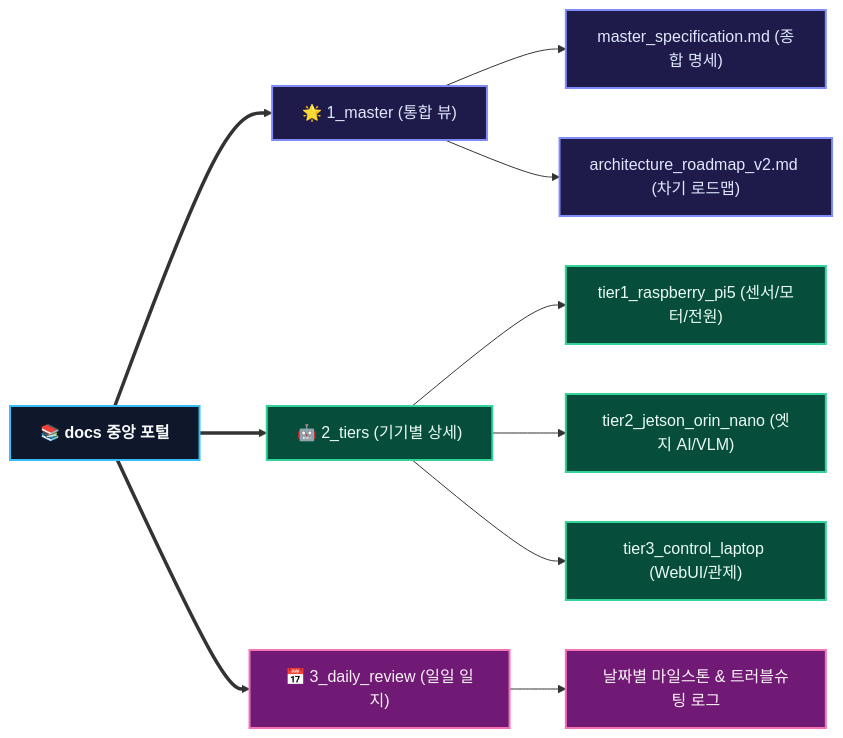
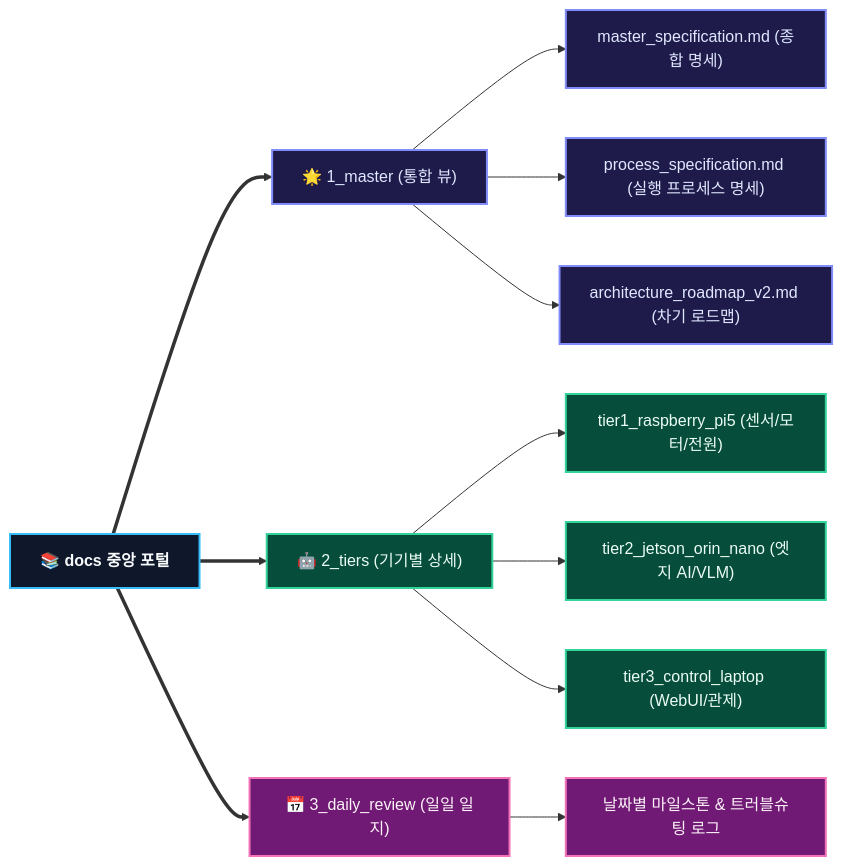
One commit to woongzun999-debug/ros2_JTA changed the diagram in docs/INDEX.md. Above: the diagram before and after it, drawn with Mermaid. The commit also changed other lines of this file and 32 other files, not shown here.

````diff
--- a/docs/INDEX.md
+++ b/docs/INDEX.md
@@ -25,22 +27,23 @@
 ```mermaid
 flowchart LR
     %% 글로벌 테마 스타일링
     classDef hub fill:#0f172a,stroke:#38bdf8,stroke-width:2px,color:#f8fafc,font-weight:bold;
     classDef m1 fill:#1e1b4b,stroke:#818cf8,stroke-width:2px,color:#e0e7ff;
     classDef t2 fill:#064e3b,stroke:#34d399,stroke-width:2px,color:#ecfdf5;
     classDef d3 fill:#701a75,stroke:#f472b6,stroke-width:2px,color:#fdf2f8;
 
     Hub["📚 docs 중앙 포털"]:::hub
     
     Hub ==> M["🌟 1_master (통합 뷰)"]:::m1
     M --> M1["master_specification.md (종합 명세)"]:::m1
-    M --> M2["architecture_roadmap_v2.md (차기 로드맵)"]:::m1
+    M --> M2["process_specification.md (실행 프로세스 명세)"]:::m1
+    M --> M3["architecture_roadmap_v2.md (차기 로드맵)"]:::m1
     
     Hub ==> T["🤖 2_tiers (기기별 상세)"]:::t2
     T --> T1["tier1_raspberry_pi5 (센서/모터/전원)"]:::t2
     T --> T2_N["tier2_jetson_orin_nano (엣지 AI/VLM)"]:::t2
     T --> T3["tier3_control_laptop (WebUI/관제)"]:::t2
     
     Hub ==> D["📅 3_daily_review (일일 일지)"]:::d3
     D --> D1["날짜별 마일스톤 & 트러블슈팅 로그"]:::d3
 ```
````
